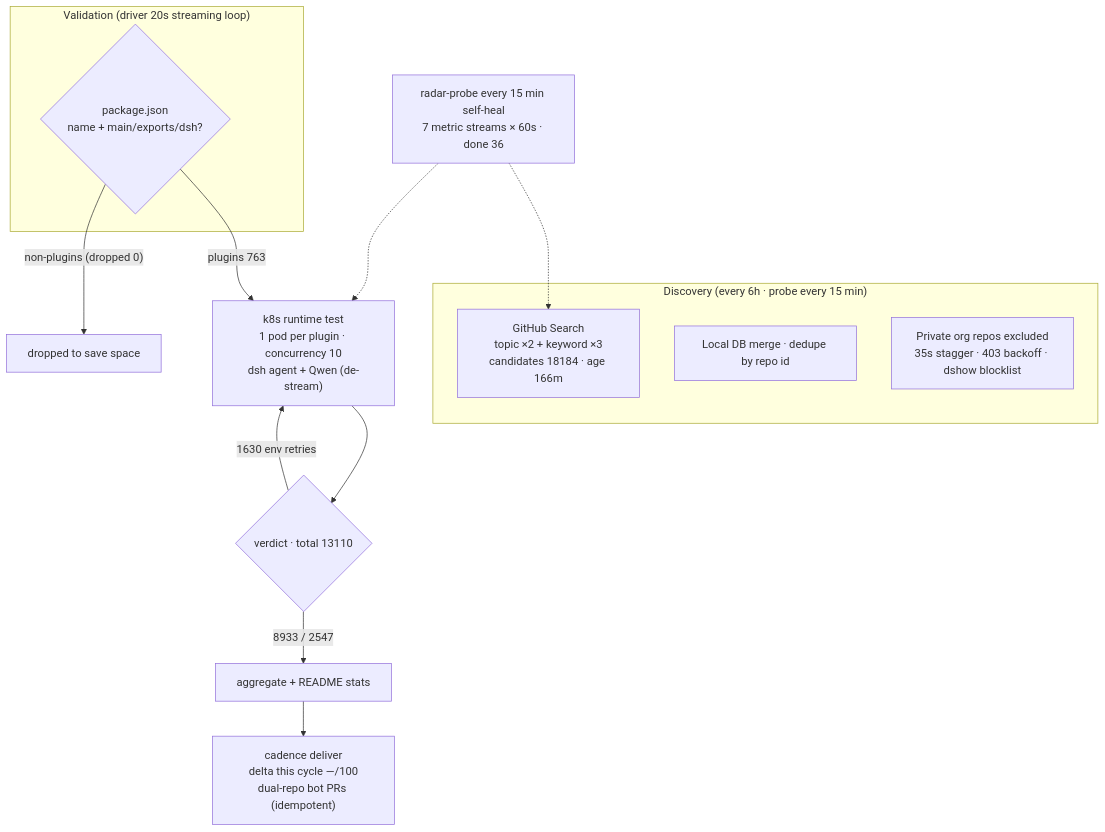
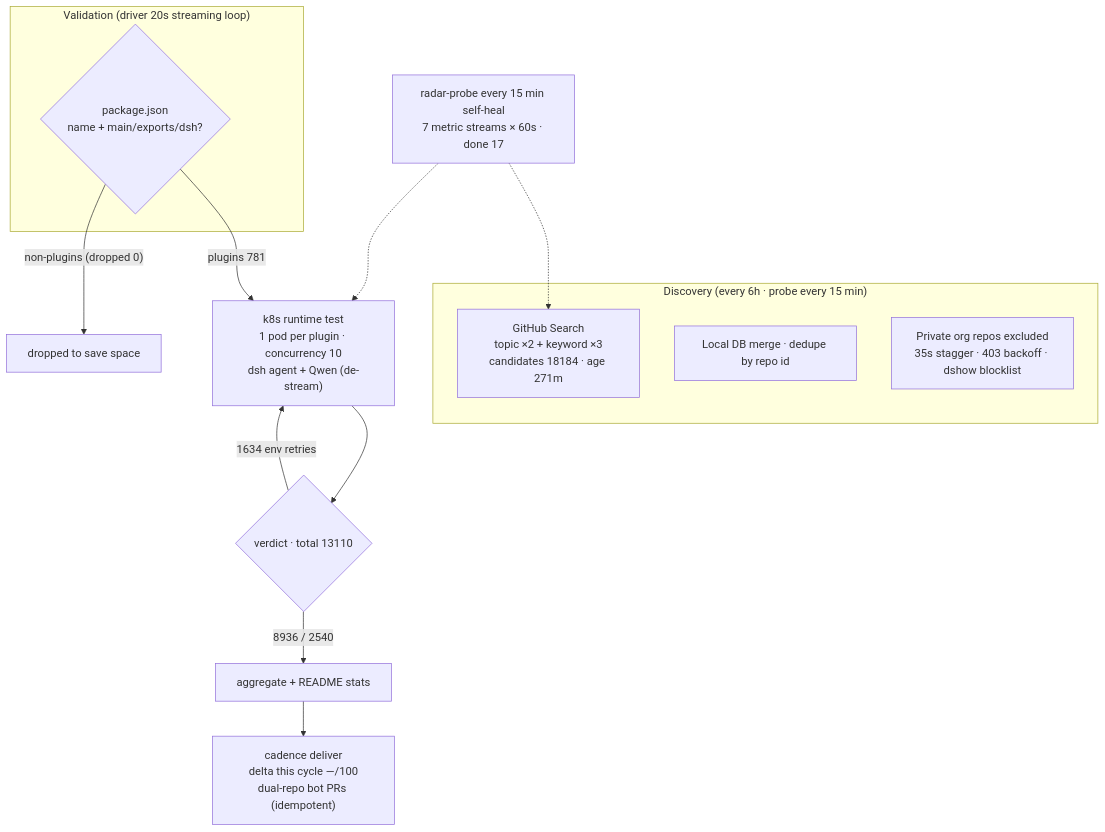
The diagram in README.en-US.md (AdamPlatin123/awesome-dsh-plugins), drawn with Mermaid before and after one commit. The commit also changed other lines of this file and 5 other files, not shown here.

````diff
--- a/README.en-US.md
+++ b/README.en-US.md
@@ -45,20 +45,20 @@
 ```mermaid
 flowchart TB
     subgraph Discovery["Discovery (every 6h · probe every 15 min)"]
-        A1["GitHub Search<br/>topic ×2 + keyword ×3<br/>candidates 18184 · age 166m"]
+        A1["GitHub Search<br/>topic ×2 + keyword ×3<br/>candidates 18184 · age 271m"]
         A2["Local DB merge · dedupe by repo id"]
         A3["Private org repos excluded<br/>35s stagger · 403 backoff · dshow blocklist"]
     end
     subgraph Validation["Validation (driver 20s streaming loop)"]
         B1{"package.json<br/>name + main/exports/dsh?"}
     end
-    B1 -->|"plugins 763"| C1["k8s runtime test<br/>1 pod per plugin · concurrency 10<br/>dsh agent + Qwen (de-stream)"]
+    B1 -->|"plugins 781"| C1["k8s runtime test<br/>1 pod per plugin · concurrency 10<br/>dsh agent + Qwen (de-stream)"]
     B1 -->|"non-plugins (dropped 0)"| B3["dropped to save space"]
     C1 --> D1{"verdict · total 13110"}
-    D1 -->|"8933 / 2547"| E1["aggregate + README stats"]
-    D1 -->|"1630 env retries"| C1
+    D1 -->|"8936 / 2540"| E1["aggregate + README stats"]
+    D1 -->|"1634 env retries"| C1
     E1 --> E2["cadence deliver<br/>delta this cycle —/100<br/>dual-repo bot PRs (idempotent)"]
-    M["radar-probe every 15 min self-heal<br/>7 metric streams × 60s · done 36"]
+    M["radar-probe every 15 min self-heal<br/>7 metric streams × 60s · done 17"]
     M -.-> A1
     M -.-> C1
 ```
````
